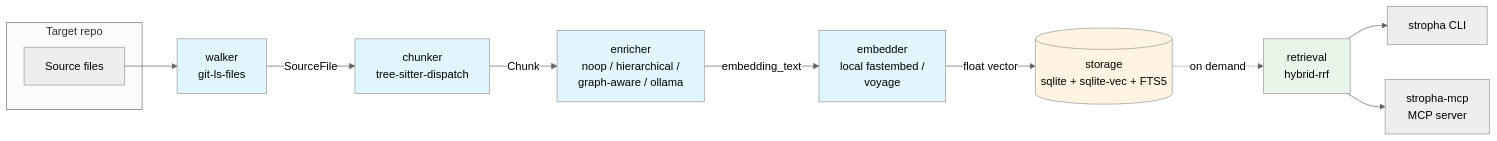
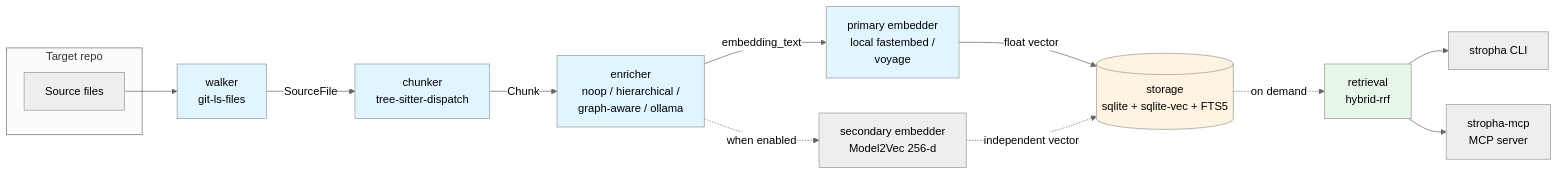
Before and after one commit to JF3Env/stropha: the first of 5 diagrams in README.md, drawn with Mermaid (neutral theme). The commit also changed other lines of this file and 38 other files, not shown here.

````diff
--- a/README.md
+++ b/README.md
@@ -166,21 +167,23 @@
 ```mermaid
 flowchart LR
     subgraph repo[Target repo]
         A[Source files]
     end
     A --> W[walker<br/>git-ls-files]
     W -->|SourceFile| C[chunker<br/>tree-sitter-dispatch]
     C -->|Chunk| E[enricher<br/>noop / hierarchical /<br/>graph-aware / ollama]
-    E -->|embedding_text| EM[embedder<br/>local fastembed /<br/>voyage]
+    E -->|embedding_text| EM[primary embedder<br/>local fastembed /<br/>voyage]
     EM -->|float vector| S[(storage<br/>sqlite + sqlite-vec + FTS5)]
+    E -.->|when enabled| M2V[secondary embedder<br/>Model2Vec 256-d]
+    M2V -.->|independent vector| S
     S -.->|on demand| R[retrieval<br/>hybrid-rrf]
     R --> CLI[stropha CLI]
     R --> MCP[stropha-mcp<br/>MCP server]
 
     style W fill:#e1f5ff
     style C fill:#e1f5ff
     style E fill:#e1f5ff
     style EM fill:#e1f5ff
     style S fill:#fff4e1
     style R fill:#e8f5e9
 ```
````
